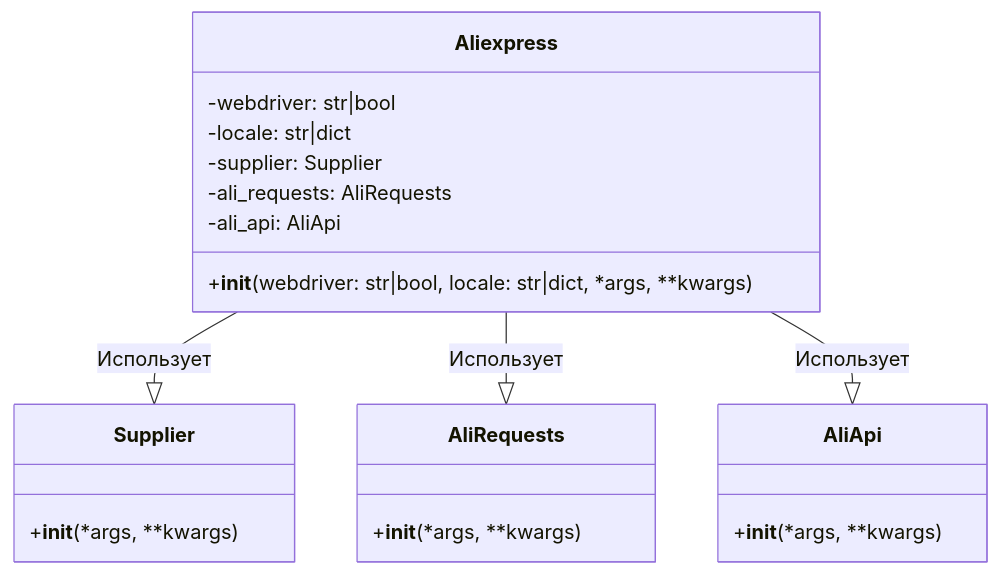
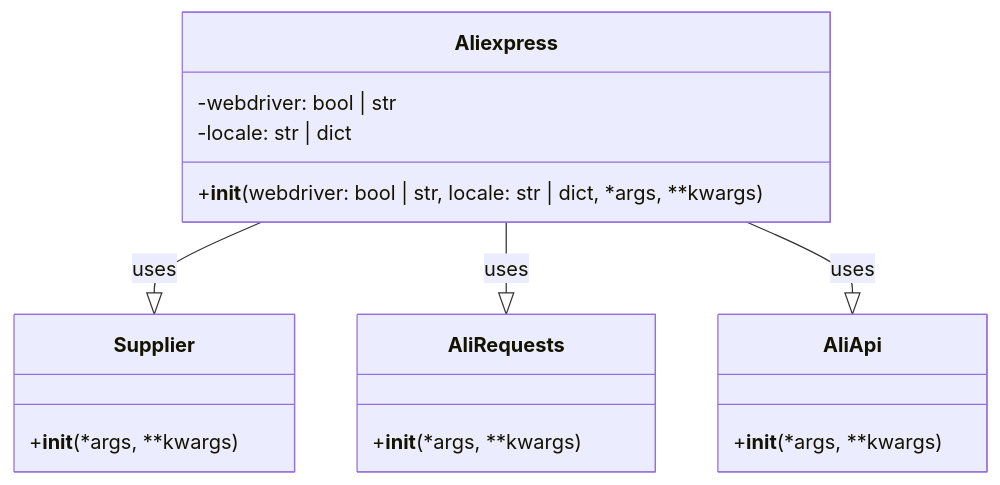
The second of 2 diagrams in docs/gemini/ru/explainer/src/suppliers/aliexpress/_docs/aliexpress.ru.md.md (hypo69/hypo), drawn with Mermaid before and after one commit. The commit also changed other lines of this file and 223 other files, not shown here.

````diff
--- a/docs/gemini/ru/explainer/src/suppliers/aliexpress/_docs/aliexpress.ru.md.md
+++ b/docs/gemini/ru/explainer/src/suppliers/aliexpress/_docs/aliexpress.ru.md.md
@@ -60,23 +97,20 @@
 ```mermaid
 classDiagram
     class Aliexpress {
-        -webdriver: str|bool
-        -locale: str|dict
-        -supplier: Supplier
-        -ali_requests: AliRequests
-        -ali_api: AliApi
-        +__init__(webdriver: str|bool, locale: str|dict, *args, **kwargs)
+        -webdriver: bool | str
+        -locale: str | dict
+        +__init__(webdriver: bool | str, locale: str | dict, *args, **kwargs)
     }
     class Supplier {
         +__init__(*args, **kwargs)
     }
     class AliRequests {
+         +__init__(*args, **kwargs)
+    }
+    class AliApi {
         +__init__(*args, **kwargs)
     }
-     class AliApi {
-        +__init__(*args, **kwargs)
-    }
-    Aliexpress --|> Supplier: Использует
-    Aliexpress --|> AliRequests: Использует
-    Aliexpress --|> AliApi: Использует
+    Aliexpress --|> Supplier : uses
+    Aliexpress --|> AliRequests : uses
+    Aliexpress --|> AliApi : uses
 ```
````
